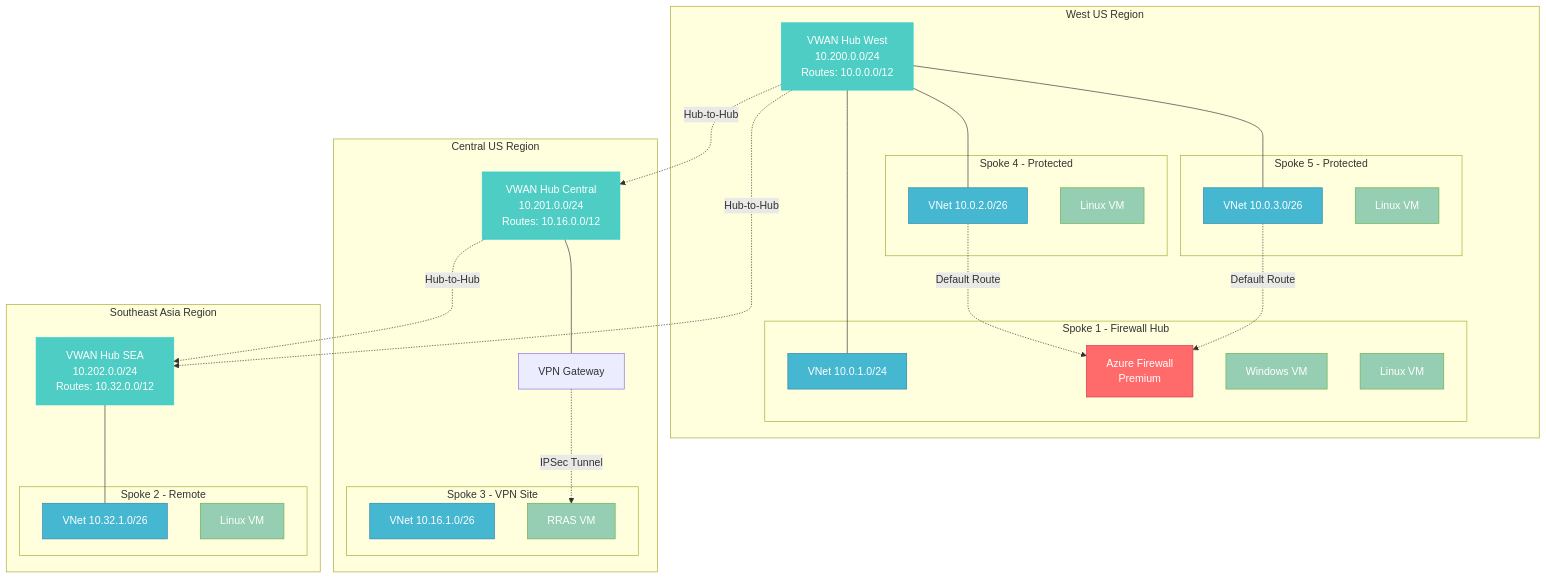
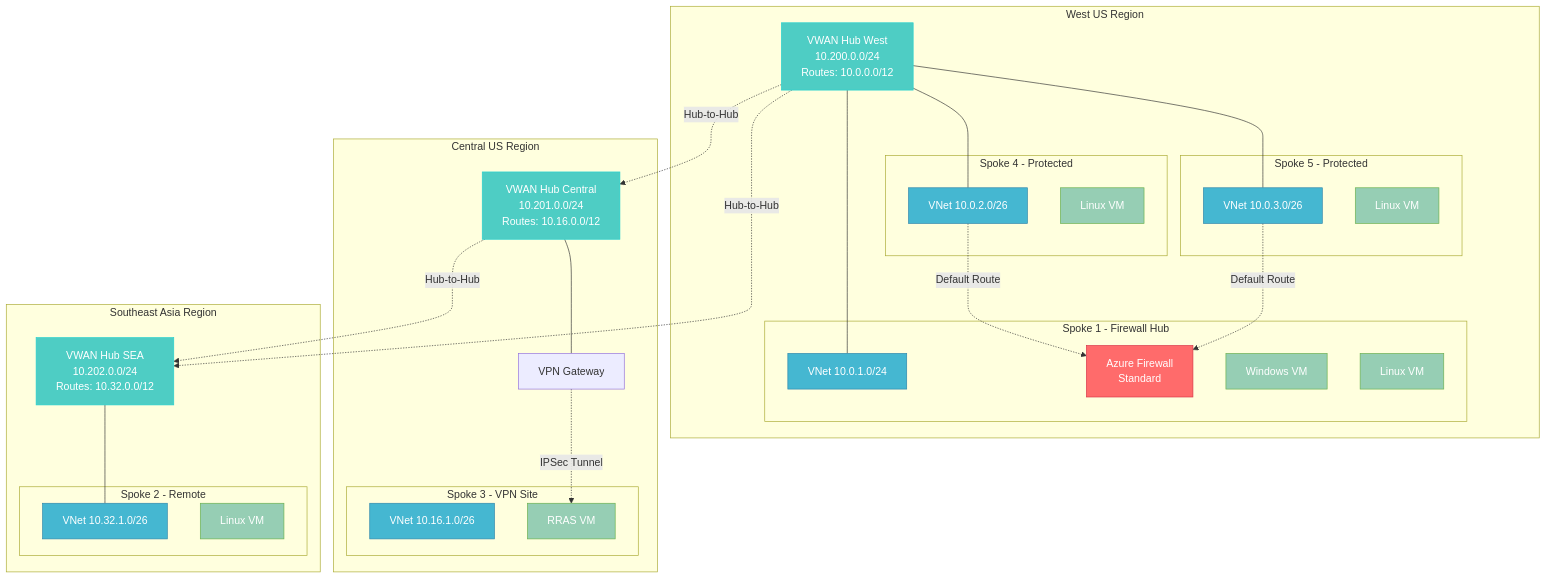
Before and after one commit to blueflightx7/Azure-virtualWAN-Lab: the first of 2 diagrams in README.md, drawn with Mermaid. The commit also changed other lines of this file and 10 other files, not shown here.

First line of the commit message:
Switch to Azure Firewall Standard and improve password handling

````diff
--- a/README.md
+++ b/README.md
@@ -33,69 +33,69 @@
 ```mermaid
 graph TB
     subgraph "West US Region"
         WHub["VWAN Hub West<br/>10.200.0.0/24<br/>Routes: 10.0.0.0/12"]
         
         subgraph "Spoke 1 - Firewall Hub"
             S1["VNet 10.0.1.0/24"]
-            FW["Azure Firewall<br/>Premium"]
+            FW["Azure Firewall<br/>Standard"]
             WinVM["Windows VM"]
             LinVM1["Linux VM"]
         end
         
         subgraph "Spoke 4 - Protected"
             S4["VNet 10.0.2.0/26"]
             LinVM4["Linux VM"]
         end
         
         subgraph "Spoke 5 - Protected"
             S5["VNet 10.0.3.0/26"]
             LinVM5["Linux VM"]
         end
     end
     
     subgraph "Central US Region"
         CHub["VWAN Hub Central<br/>10.201.0.0/24<br/>Routes: 10.16.0.0/12"]
         VPN["VPN Gateway"]
         
         subgraph "Spoke 3 - VPN Site"
             S3["VNet 10.16.1.0/26"]
             RRAS["RRAS VM"]
         end
     end
     
     subgraph "Southeast Asia Region"
         SHub["VWAN Hub SEA<br/>10.202.0.0/24<br/>Routes: 10.32.0.0/12"]
         
         subgraph "Spoke 2 - Remote"
             S2["VNet 10.32.1.0/26"]
             LinVM2["Linux VM"]
         end
     end
     
     %% VWAN Connections
     WHub -.->|Hub-to-Hub| CHub
     CHub -.->|Hub-to-Hub| SHub
     WHub -.->|Hub-to-Hub| SHub
     
     %% Spoke Connections
     WHub --- S1
     WHub --- S4
     WHub --- S5
     CHub --- VPN
     VPN -.->|IPSec Tunnel| RRAS
     SHub --- S2
     
     %% Traffic Flow
     S4 -.->|Default Route| FW
     S5 -.->|Default Route| FW
     
     classDef firewall fill:#ff6b6b,stroke:#d63447,color:#fff
     classDef hub fill:#4ecdc4,stroke:#26d0ce,color:#fff
     classDef spoke fill:#45b7d1,stroke:#2e86ab,color:#fff
     classDef vm fill:#96ceb4,stroke:#6ab04c,color:#fff
     
     class FW firewall
     class WHub,CHub,SHub hub
     class S1,S2,S3,S4,S5 spoke
     class WinVM,LinVM1,LinVM2,LinVM4,LinVM5,RRAS vm
 ```
````
